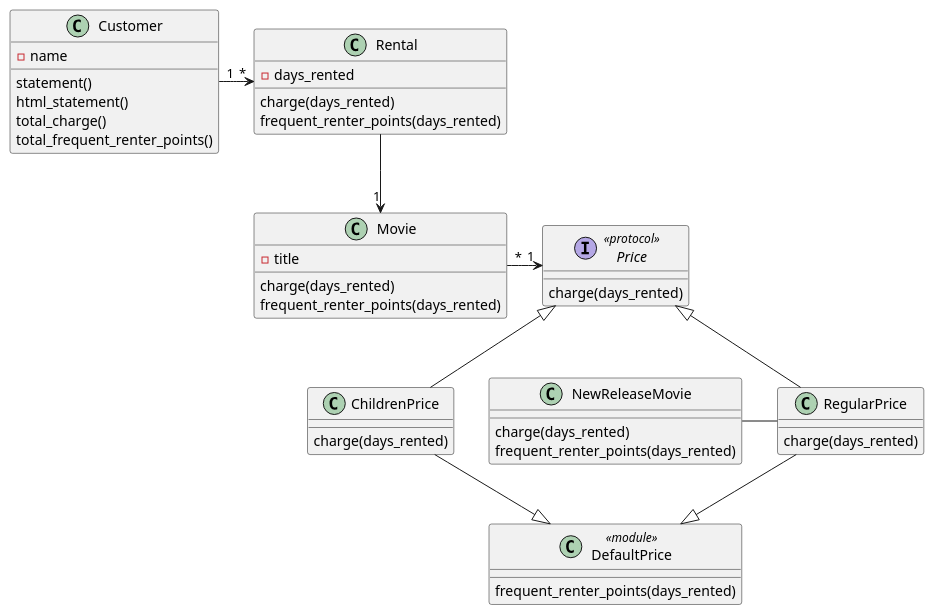
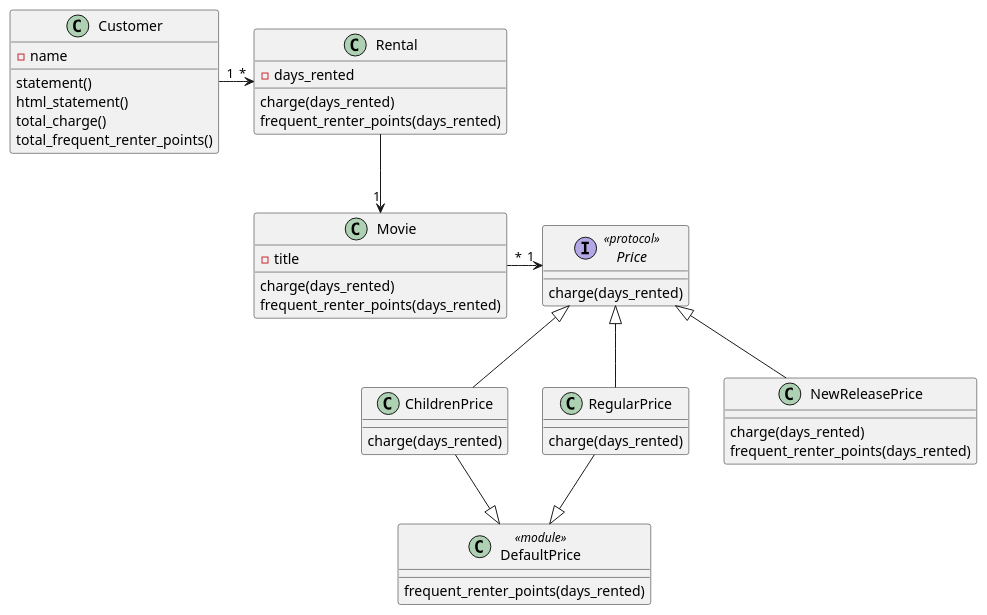
The diagram in docs/dev/diagrams/video_rental/core_model.puml (k2works/etude_op10_no10), drawn with PlantUML before and after one commit. The commit also changed 2 other files, not shown here.

```diff
--- a/docs/dev/diagrams/video_rental/core_model.puml
+++ b/docs/dev/diagrams/video_rental/core_model.puml
@@ -1,54 +1,54 @@
 @startuml
 
 Movie "1"<-u- Rental
 Rental "*"<-l- "1"Customer
 Movie "*"-r->"1"Price
 Price <|-d- ChildrenPrice
 Price <|-d- RegularPrice
-NewReleaseMovie -r- RegularPrice
+Price <|-d- NewReleasePrice
 DefaultPrice <|-u- RegularPrice
 DefaultPrice <|-u- ChildrenPrice
 
 class Movie {
 - title
 charge(days_rented)
 frequent_renter_points(days_rented)
 }
 
 class Rental {
 - days_rented
 charge(days_rented)
 frequent_renter_points(days_rented)
 }
 
 class Customer {
 - name
 statement()
 html_statement()
 total_charge()
 total_frequent_renter_points()
 }
 
 interface Price<<protocol>> {
 charge(days_rented)
 }
 
-class NewReleaseMovie {
+class NewReleasePrice {
 charge(days_rented)
 frequent_renter_points(days_rented)
 }
 
 class RegularPrice {
 charge(days_rented)
 }
 
 class ChildrenPrice {
 charge(days_rented)
 }
 
 class DefaultPrice<<module>> {
 frequent_renter_points(days_rented)
 }
 
 
 @enduml
```
